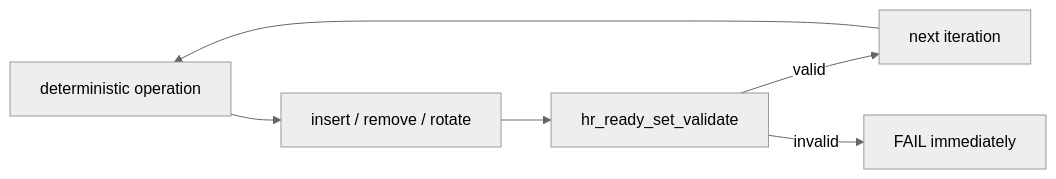
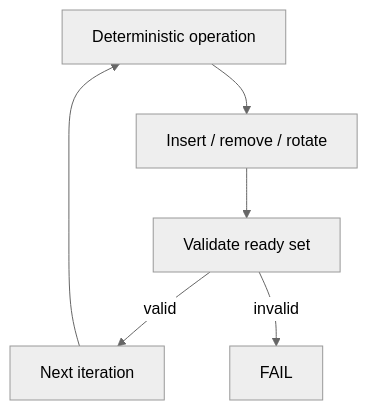
One commit to haikevins/hairtos changed the diagram in docs/06-testing-and-quality/stress-testing.md. Above: the diagram before and after it, drawn with Mermaid (neutral theme). The commit also changed other lines of this file and 82 other files, not shown here.

````diff
--- a/docs/06-testing-and-quality/stress-testing.md
+++ b/docs/06-testing-and-quality/stress-testing.md
@@ -11,8 +11,8 @@
 ```mermaid
-flowchart LR
-    STEP["deterministic operation"] --> MUT["insert / remove / rotate"]
-    MUT --> VAL["hr_ready_set_validate"]
-    VAL -->|"valid"| NEXT["next iteration"]
-    VAL -->|"invalid"| FAIL["FAIL immediately"]
+flowchart TB
+    STEP["Deterministic operation"] --> MUT["Insert / remove / rotate"]
+    MUT --> VAL["Validate ready set"]
+    VAL -->|"valid"| NEXT["Next iteration"]
+    VAL -->|"invalid"| FAIL["FAIL"]
     NEXT --> STEP
 ```
````
